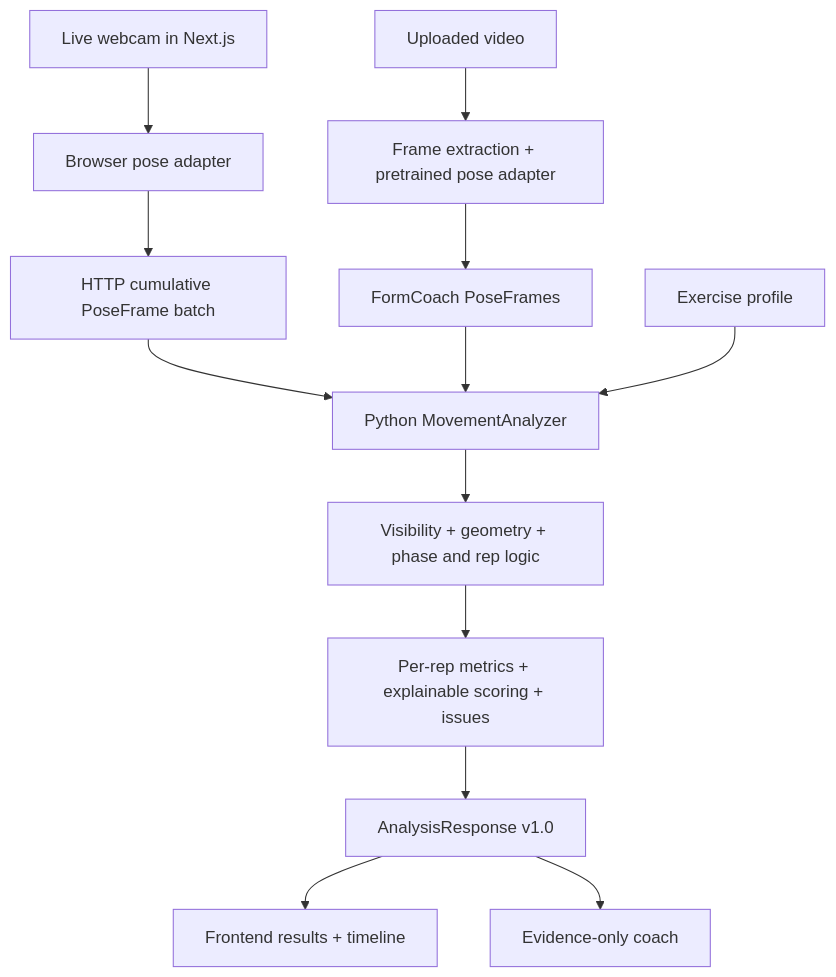
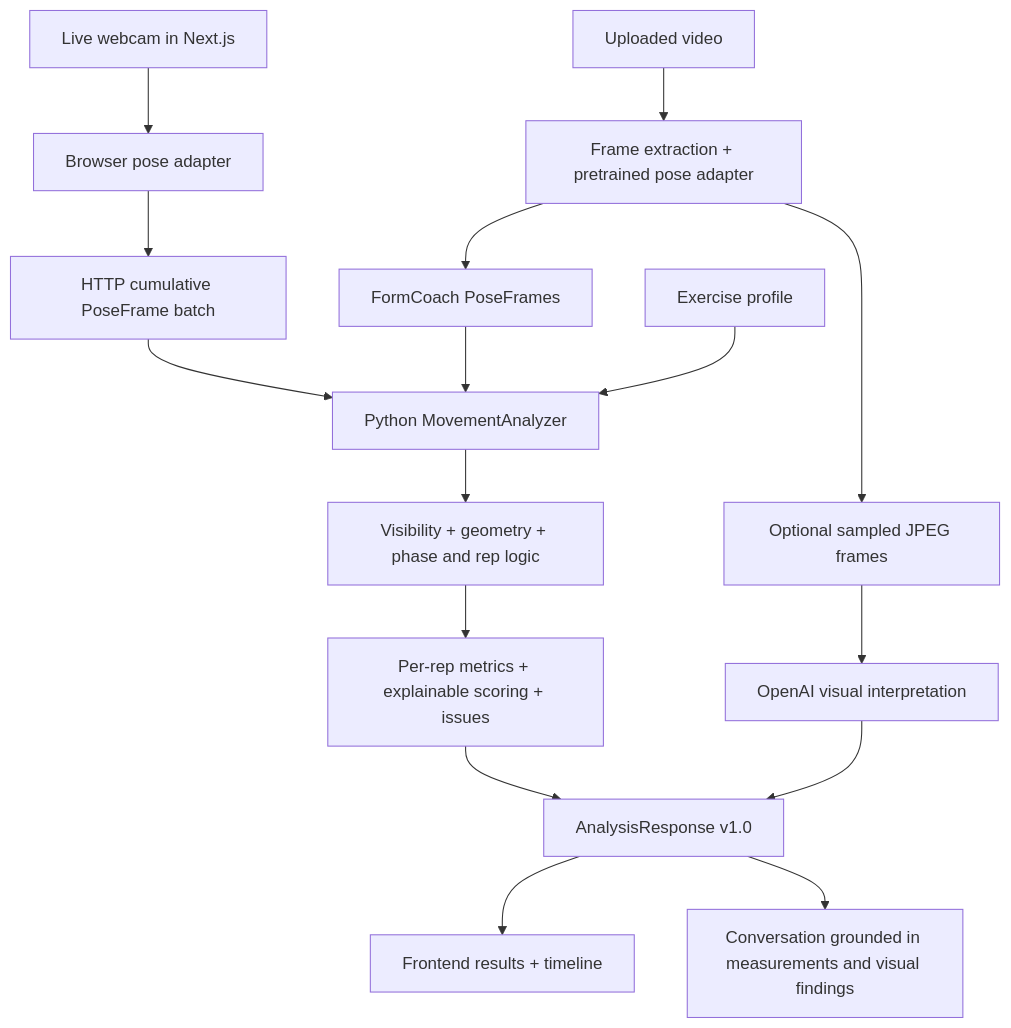
The diagram in docs/ARCHITECTURE.md (Arpitv26/FormCoach), drawn with Mermaid before and after one commit. The commit also changed other lines of this file and 40 other files, not shown here.

````diff
--- a/docs/ARCHITECTURE.md
+++ b/docs/ARCHITECTURE.md
@@ -6,15 +6,18 @@
 ```mermaid
 flowchart TD
   Camera[Live webcam in Next.js] --> BrowserPose[Browser pose adapter]
   BrowserPose --> Batch[HTTP cumulative PoseFrame batch]
   Batch --> Analyzer[Python MovementAnalyzer]
   Upload[Uploaded video] --> Video[Frame extraction + pretrained pose adapter]
   Video --> Poses[FormCoach PoseFrames]
+  Video --> Images[Optional sampled JPEG frames]
+  Images --> Vision[OpenAI visual interpretation]
+  Vision --> JSON
   Poses --> Analyzer
   Profile[Exercise profile] --> Analyzer
   Analyzer --> Geometry[Visibility + geometry + phase and rep logic]
   Geometry --> Evidence[Per-rep metrics + explainable scoring + issues]
   Evidence --> JSON[AnalysisResponse v1.0]
   JSON --> Dashboard[Frontend results + timeline]
-  JSON --> Coach[Evidence-only coach]
+  JSON --> Coach[Conversation grounded in measurements and visual findings]
 ```
````
